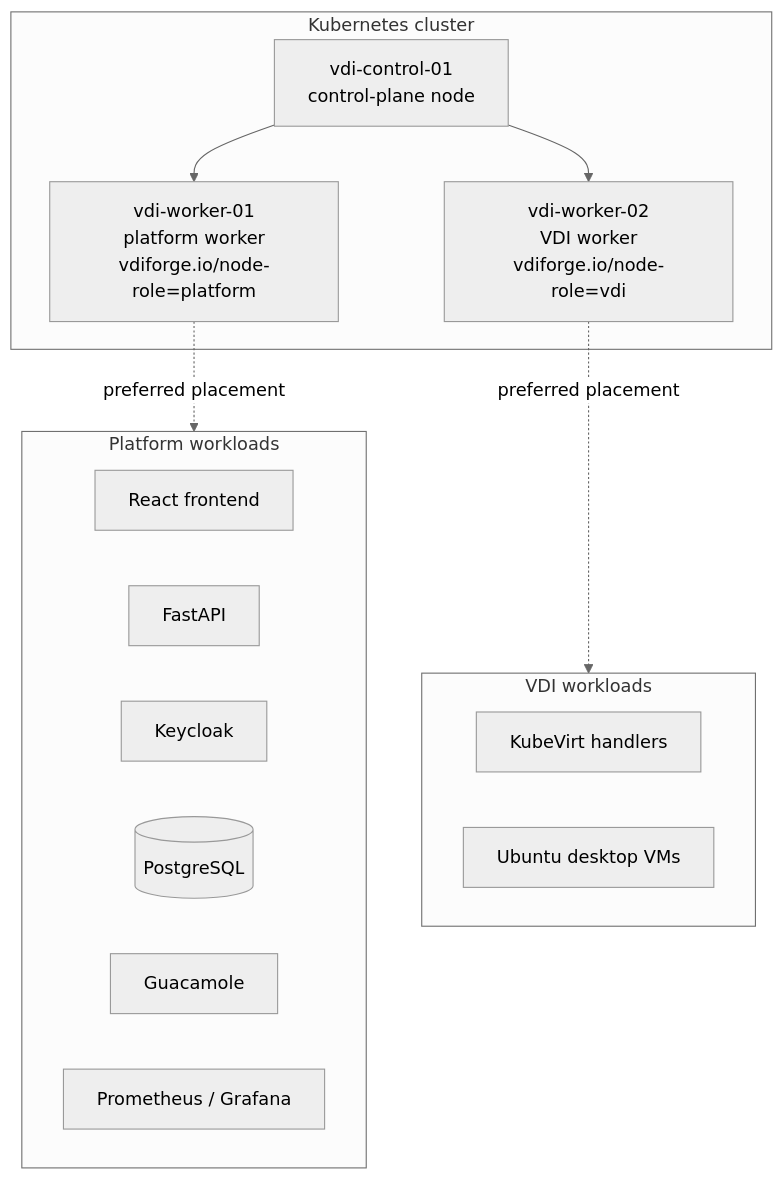
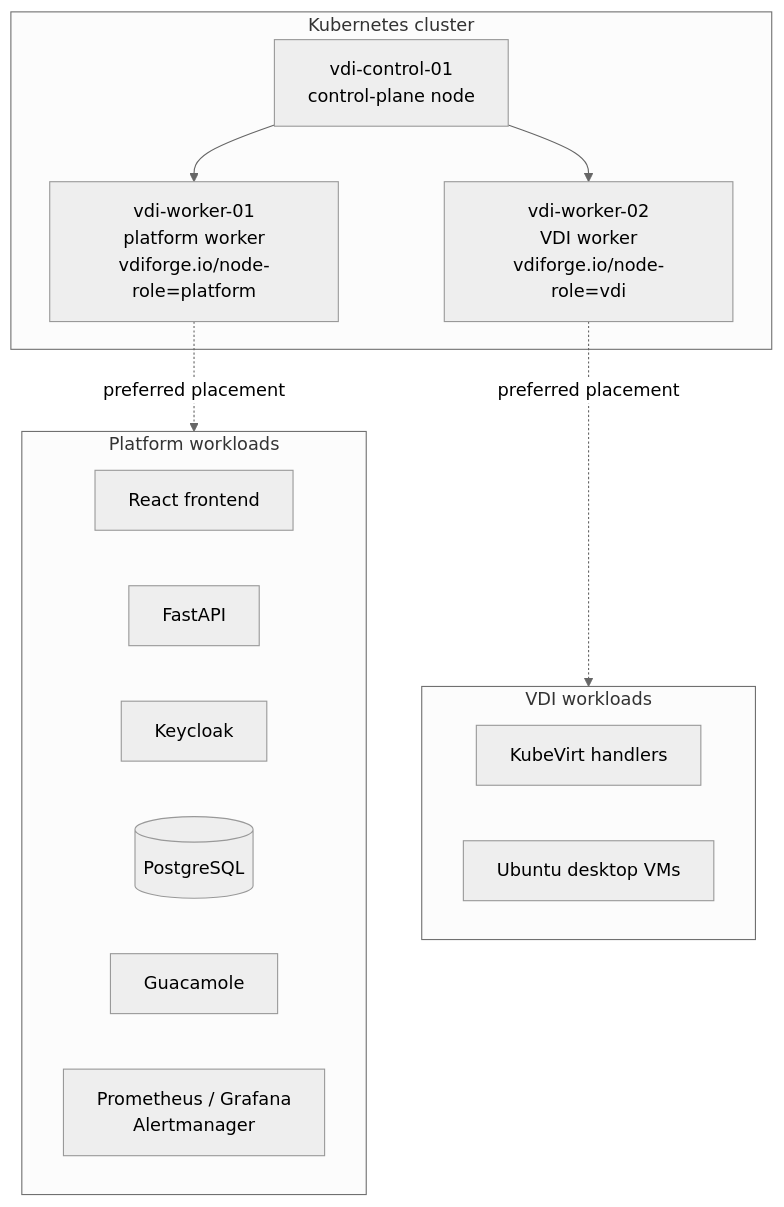
One commit to happelj/VDIForge changed the second of 14 diagrams in docs/ARCHITECTURE.md. Above: the diagram before and after it, drawn with Mermaid (neutral theme). The commit also changed other lines of this file and 56 other files, not shown here.

Commit message:
feat: add Prometheus and Grafana observability

````diff
--- a/docs/ARCHITECTURE.md
+++ b/docs/ARCHITECTURE.md
@@ -46,28 +47,28 @@
 ```mermaid
 flowchart TB
   subgraph Cluster[Kubernetes cluster]
     CP[vdi-control-01<br/>control-plane node]
     W1[vdi-worker-01<br/>platform worker<br/>vdiforge.io/node-role=platform]
     W2[vdi-worker-02<br/>VDI worker<br/>vdiforge.io/node-role=vdi]
   end
 
   CP --> W1
   CP --> W2
 
   subgraph Platform[Platform workloads]
     FE[React frontend]
     API[FastAPI]
     KC[Keycloak]
     DB[(PostgreSQL)]
     GUAC[Guacamole]
-    MON[Prometheus / Grafana]
+    MON[Prometheus / Grafana<br/>Alertmanager]
   end
 
   subgraph VDI[VDI workloads]
     KV[KubeVirt handlers]
     VM1[Ubuntu desktop VMs]
   end
 
   W1 -. preferred placement .-> Platform
   W2 -. preferred placement .-> VDI
 ```
````
